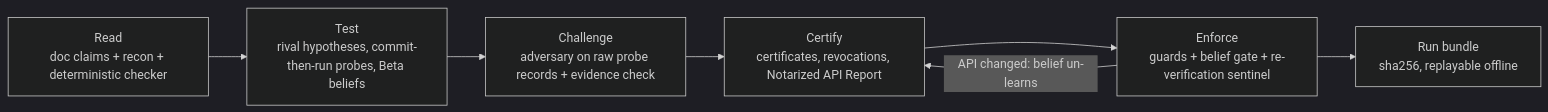
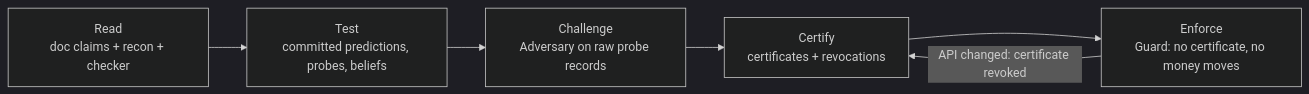
One commit to parthchilwerwar/notary changed the diagram in README.md. Above: the diagram before and after it, drawn with Mermaid (dark theme). The commit also changed other lines of this file and 1 other file, not shown here.

````diff
--- a/README.md
+++ b/README.md
@@ -80,9 +39,8 @@
 ```mermaid
 flowchart LR
-  R["Read<br/>doc claims + recon + deterministic checker"] --> T["Test<br/>rival hypotheses, commit-then-run probes, Beta beliefs"]
-  T --> C["Challenge<br/>adversary on raw probe records + evidence check"]
-  C --> F["Certify<br/>certificates, revocations, Notarized API Report"]
-  F --> E["Enforce<br/>guards + belief gate + re-verification sentinel"]
-  E -- "API changed: belief un-learns" --> F
-  E --> B["Run bundle<br/>sha256, replayable offline"]
+  R["Read<br/>doc claims + recon + checker"] --> T["Test<br/>committed predictions, probes, beliefs"]
+  T --> C["Challenge<br/>Adversary on raw probe records"]
+  C --> F["Certify<br/>certificates + revocations"]
+  F --> E["Enforce<br/>Guard: no certificate, no money moves"]
+  E -- "API changed: certificate revoked" --> F
 ```
````
